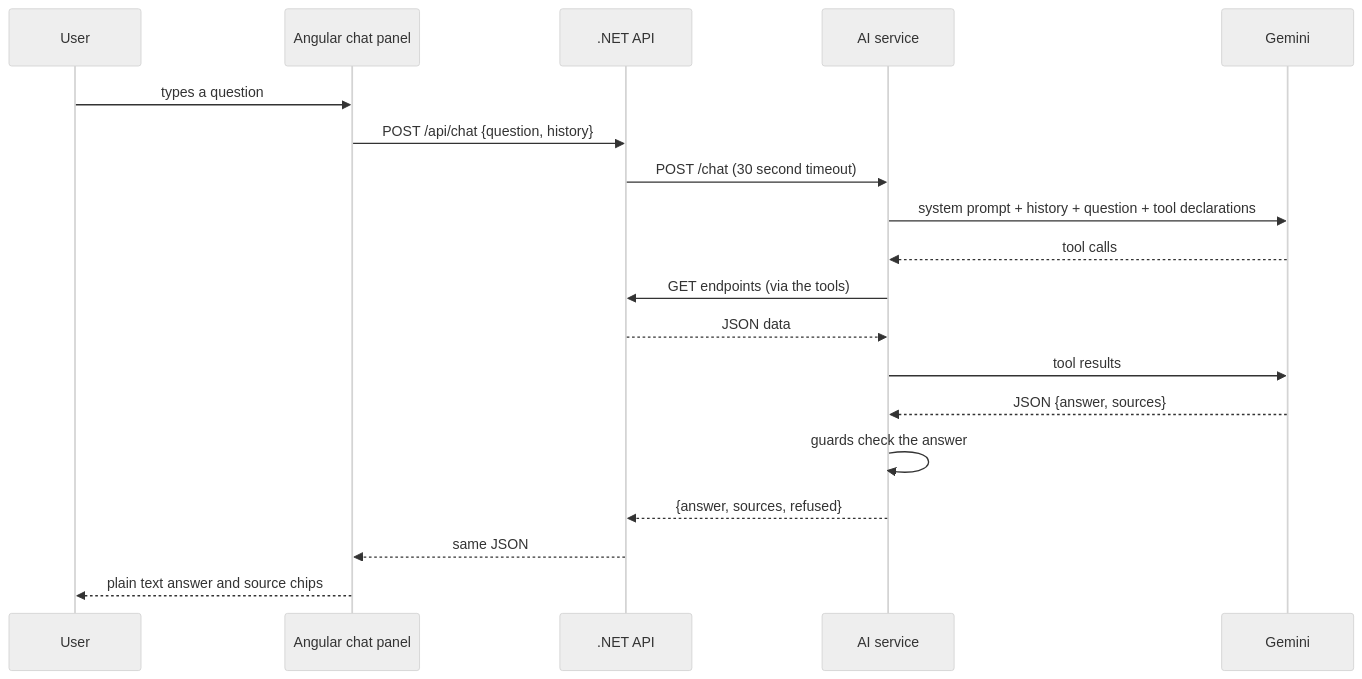
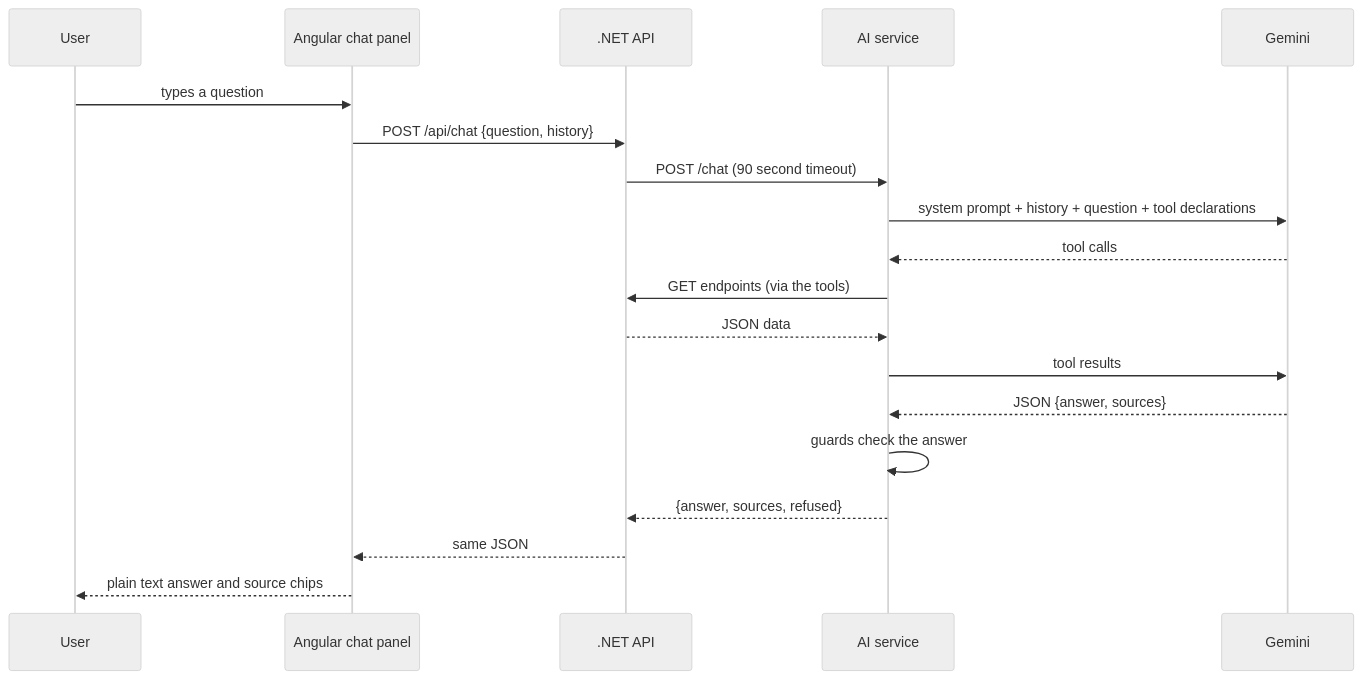
One commit to muhammadmapkar/NBJewel changed the second of 2 diagrams in docs/architecture.md. Above: the diagram before and after it, drawn with Mermaid (neutral theme). The commit also changed other lines of this file and 9 other files, not shown here.

First line of the commit message:
Step 5: docs and schema for design master, stock entry, status workflow, SQL switch

````diff
--- a/docs/architecture.md
+++ b/docs/architecture.md
@@ -49,21 +49,21 @@
 ```mermaid
 sequenceDiagram
   participant U as User
   participant F as Angular chat panel
   participant N as .NET API
   participant S as AI service
   participant M as Gemini
   U->>F: types a question
   F->>N: POST /api/chat {question, history}
-  N->>S: POST /chat (30 second timeout)
+  N->>S: POST /chat (90 second timeout)
   S->>M: system prompt + history + question + tool declarations
   M-->>S: tool calls
   S->>N: GET endpoints (via the tools)
   N-->>S: JSON data
   S->>M: tool results
   M-->>S: JSON {answer, sources}
   S->>S: guards check the answer
   S-->>N: {answer, sources, refused}
   N-->>F: same JSON
   F-->>U: plain text answer and source chips
 ```
````
